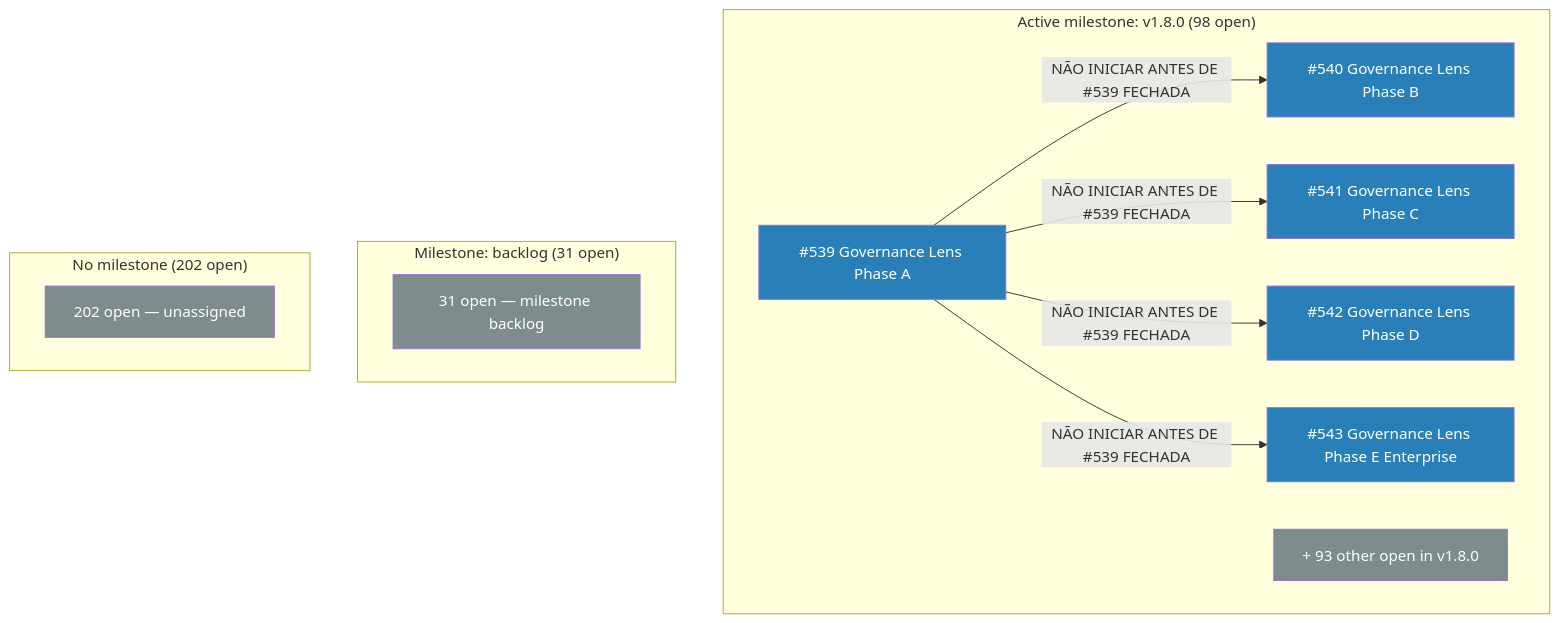
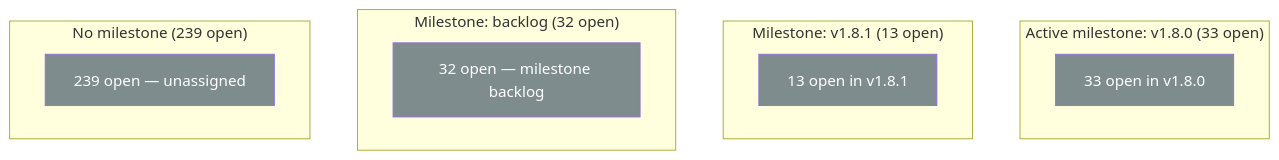
The diagram in docs/ops/ISSUE_QUEUE_SEQUENCING_MAP.md (DataBoar/data-boar), drawn with Mermaid before and after one commit. The commit also changed other lines of this file, not shown here.

Commit message:
docs(ops): refresh issue-queue sequencing map (2026-08-26)
Recount open issues (317). Drop the closed Governance Lens NÃO INICIAR
chain; add v1.8.1; keep #382 as stale text only.

Closes #1771

````diff
--- a/docs/ops/ISSUE_QUEUE_SEQUENCING_MAP.md
+++ b/docs/ops/ISSUE_QUEUE_SEQUENCING_MAP.md
@@ -11,29 +11,24 @@
 ```mermaid
 flowchart TD
 
-subgraph ACTIVE_MS["Active milestone: v1.8.0 (98 open)"]
-  i539["#539 Governance Lens Phase A"]:::p2
-  i540["#540 Governance Lens Phase B"]:::p2
-  i541["#541 Governance Lens Phase C"]:::p2
-  i542["#542 Governance Lens Phase D"]:::p2
-  i543["#543 Governance Lens Phase E Enterprise"]:::p2
-  v180_tail["+ 93 other open in v1.8.0"]:::p3
-  i539 -->|"NÃO INICIAR ANTES DE #539 FECHADA"| i540
-  i539 -->|"NÃO INICIAR ANTES DE #539 FECHADA"| i541
-  i539 -->|"NÃO INICIAR ANTES DE #539 FECHADA"| i542
-  i539 -->|"NÃO INICIAR ANTES DE #539 FECHADA"| i543
+subgraph ACTIVE_MS["Active milestone: v1.8.0 (33 open)"]
+  v180_all["33 open in v1.8.0"]:::p3
 end
 
-subgraph BACKLOG_MS["Milestone: backlog (31 open)"]
-  backlog_node["31 open — milestone backlog"]:::p3
+subgraph NEXT_MS["Milestone: v1.8.1 (13 open)"]
+  v181_all["13 open in v1.8.1"]:::p3
 end
 
-subgraph UNASSIGNED["No milestone (202 open)"]
-  unassigned_node["202 open — unassigned"]:::p3
+subgraph BACKLOG_MS["Milestone: backlog (32 open)"]
+  backlog_node["32 open — milestone backlog"]:::p3
+end
+
+subgraph UNASSIGNED["No milestone (239 open)"]
+  unassigned_node["239 open — unassigned"]:::p3
 end
 
 classDef p0 fill:#c0392b,color:#fff
 classDef p1 fill:#e67e22,color:#fff
 classDef p2 fill:#2980b9,color:#fff
 classDef p3 fill:#7f8c8d,color:#fff
 ```
````
